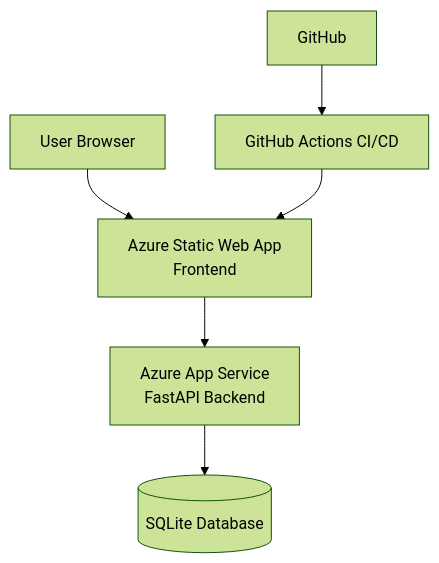
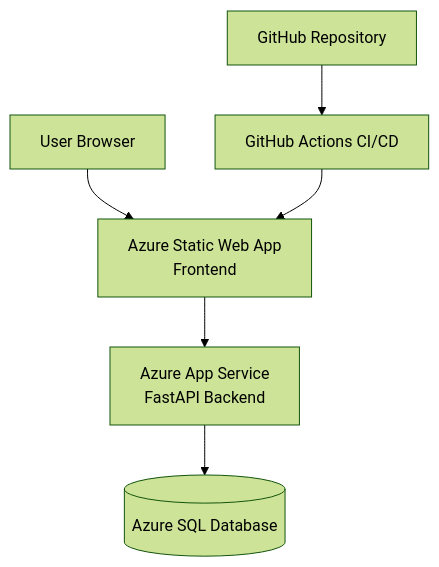
One commit to Kethanx/azure-medical-3tier-portal changed the diagram in README.md. Above: the diagram before and after it, drawn with Mermaid (forest theme). The commit also changed other lines of this file, not shown here.

````diff
--- a/README.md
+++ b/README.md
@@ -89,8 +98,8 @@
 ```mermaid
 flowchart TD
     U[User Browser] --> F[Azure Static Web App<br/>Frontend]
     F --> B[Azure App Service<br/>FastAPI Backend]
-    B --> D[(SQLite Database)]
-    G[GitHub] --> A[GitHub Actions CI/CD]
+    B --> D[(Azure SQL Database)]
+    G[GitHub Repository] --> A[GitHub Actions CI/CD]
     A --> F
 ```
````
